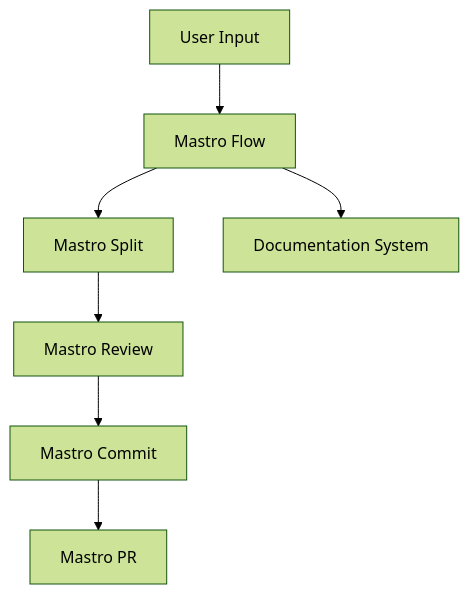
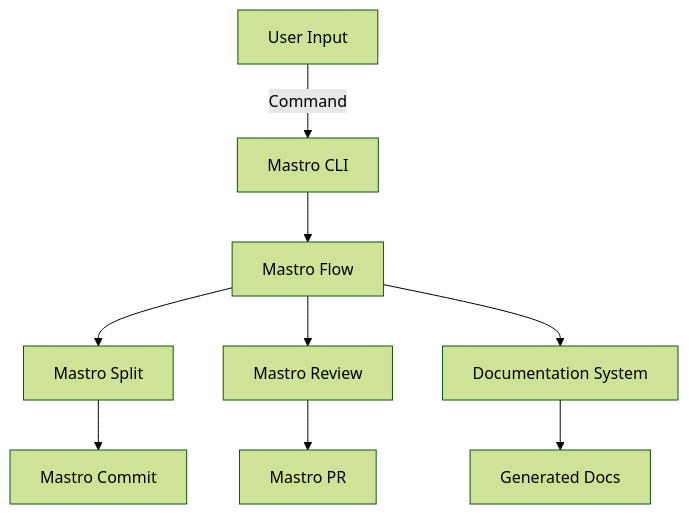
One commit to geogoesbeepboop/mastro changed the first of 3 diagrams in docs/ARCHITECTURE.md. Above: the diagram before and after it, drawn with Mermaid (forest theme). The commit also changed other lines of this file and 5 other files, not shown here.

````diff
--- a/docs/ARCHITECTURE.md
+++ b/docs/ARCHITECTURE.md
@@ -39,9 +37,11 @@
 ```mermaid
 graph TD;
-    A[User Input] --> B[Mastro Flow]
-    B --> C[Mastro Split]
-    C --> D[Mastro Review]
-    D --> E[Mastro Commit]
-    E --> F[Mastro PR]
-    B --> G[Documentation System]
+    A[User Input] -->|Command| B[Mastro CLI];
+    B --> C[Mastro Flow];
+    C --> D[Mastro Split];
+    C --> E[Mastro Review];
+    D --> F[Mastro Commit];
+    E --> G[Mastro PR];
+    C --> H[Documentation System];
+    H --> I[Generated Docs];
 ```
````
